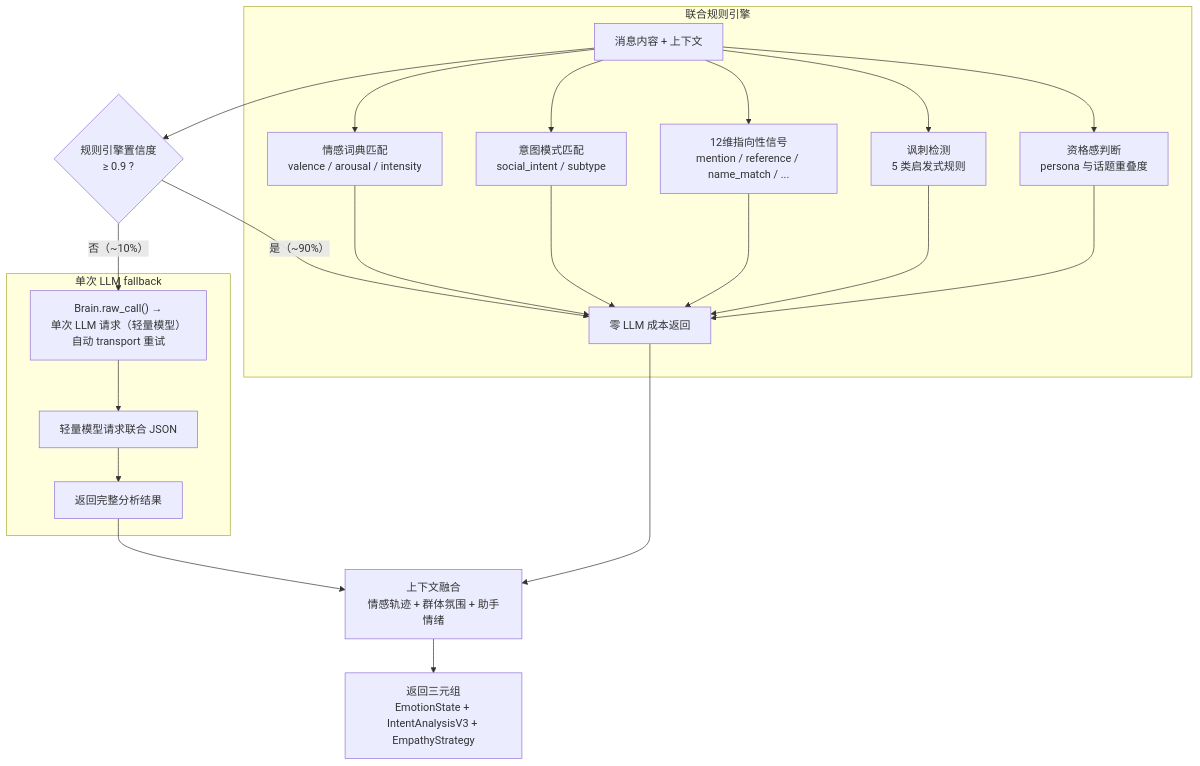
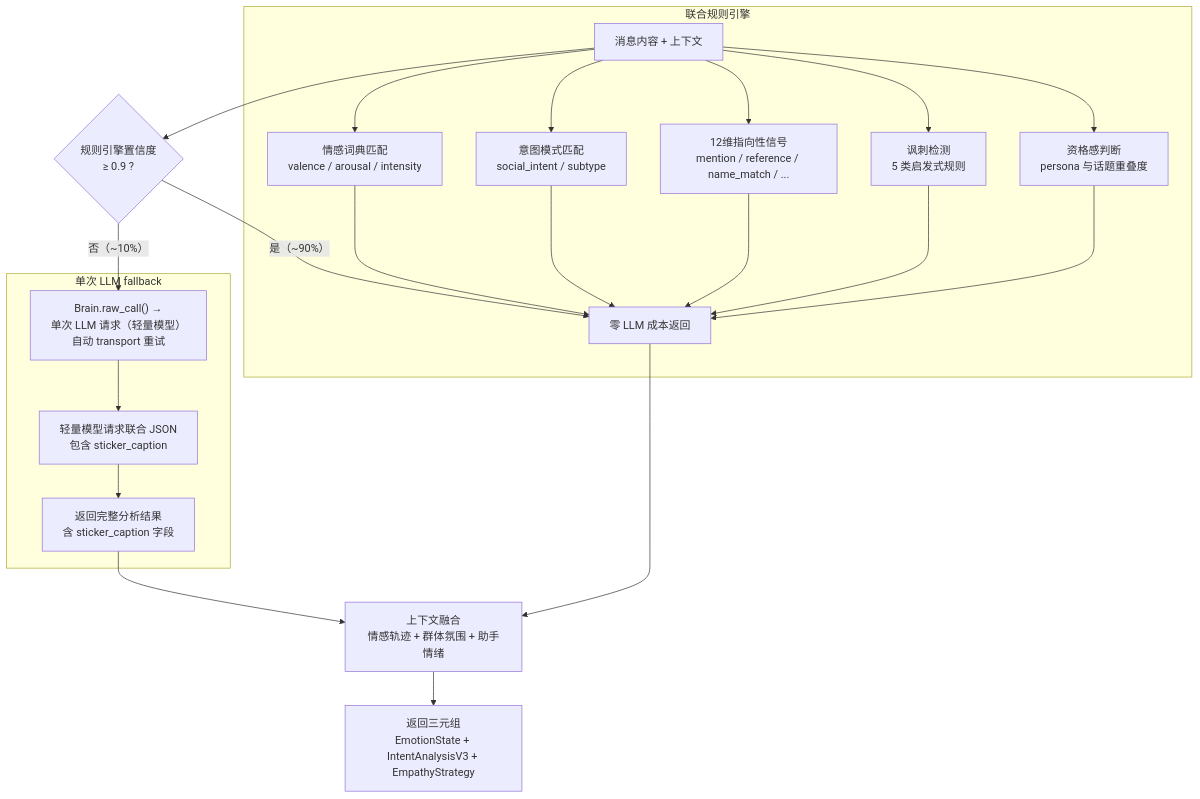
Before and after one commit to LiveSirius/SiriusPulse-Docs: the fifth of 13 diagrams in guide/architecture-overview.md, drawn with Mermaid. The commit also changed other lines of this file and 2 other files, not shown here.

````diff
--- a/guide/architecture-overview.md
+++ b/guide/architecture-overview.md
@@ -210,28 +213,28 @@
 ```mermaid
 flowchart TD
     A["消息内容 + 上下文"] --> B{"规则引擎置信度<br/>≥ 0.9 ?"}
     B --"是（~90%）"--> C["零 LLM 成本返回"]
     B --"否（~10%）"--> D["Brain.raw_call() →<br/>单次 LLM 请求（轻量模型）<br/>自动 transport 重试"]
 
     subgraph RuleEngine["联合规则引擎"]
         A --> E1["情感词典匹配<br/>valence / arousal / intensity"]
         A --> E2["意图模式匹配<br/>social_intent / subtype"]
         A --> E3["12维指向性信号<br/>mention / reference / name_match / ..."]
         A --> E4["讽刺检测<br/>5 类启发式规则"]
         A --> E5["资格感判断<br/>persona 与话题重叠度"]
         E1 --> C
         E2 --> C
         E3 --> C
         E4 --> C
         E5 --> C
     end
 
     subgraph LLMFallback["单次 LLM fallback"]
-        D --> F1["轻量模型请求联合 JSON"]
-        F1 --> F2["返回完整分析结果"]
+        D --> F1["轻量模型请求联合 JSON<br/>包含 sticker_caption"]
+        F1 --> F2["返回完整分析结果<br/>含 sticker_caption 字段"]
     end
 
     C --> G["上下文融合<br/>情感轨迹 + 群体氛围 + 助手情绪"]
     F2 --> G
     G --> H["返回三元组<br/>EmotionState + IntentAnalysisV3 + EmpathyStrategy"]
 ```
````
